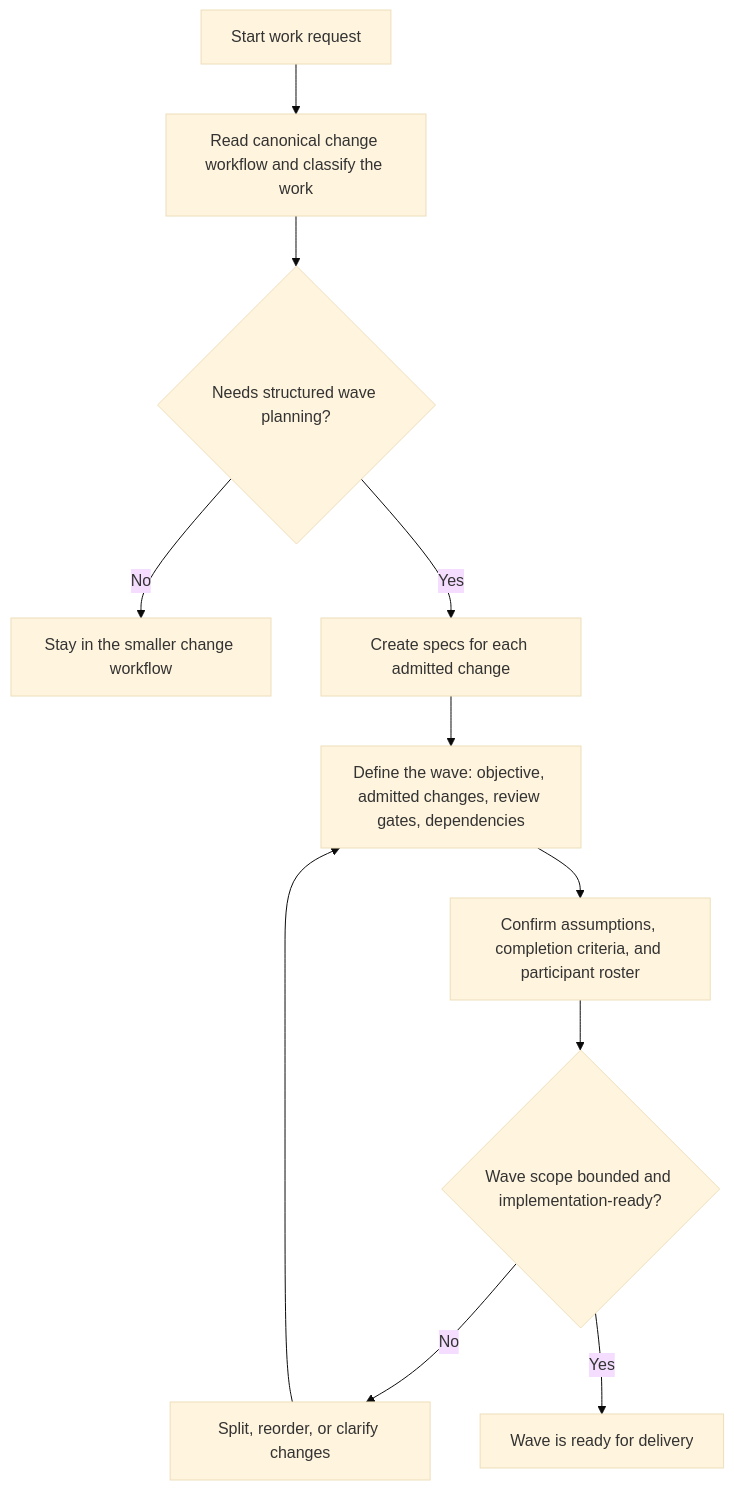
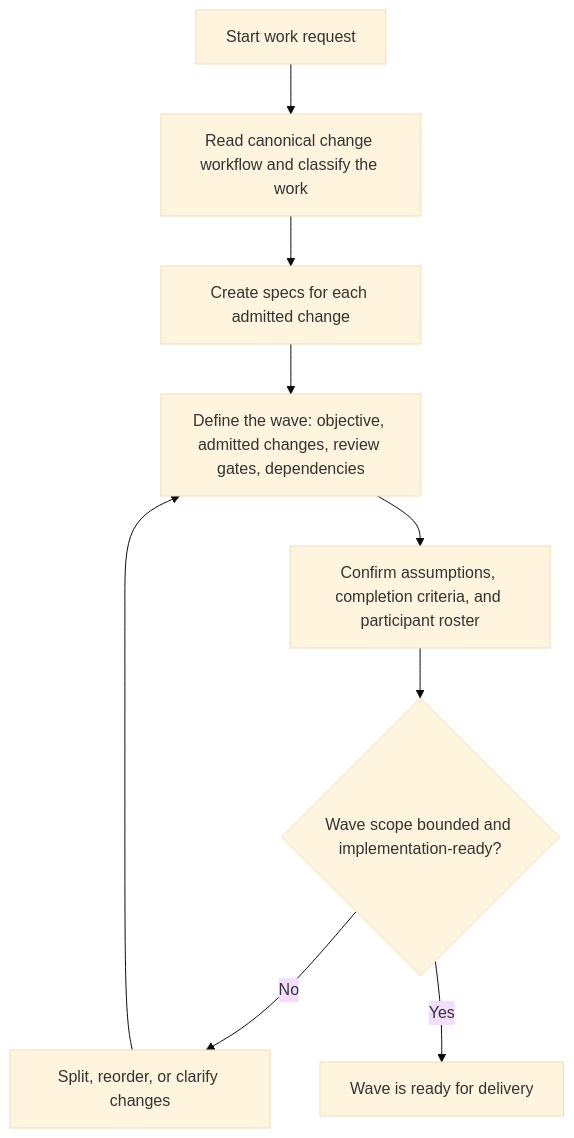
Before and after one commit to coryhacking/wavefoundry: the first of 4 diagrams in .wavefoundry/framework/seeds/001-framework-lifecycle-overview.md, drawn with Mermaid (base theme). The commit also changed other lines of this file and 19 other files, not shown here.

````diff
--- a/.wavefoundry/framework/seeds/001-framework-lifecycle-overview.md
+++ b/.wavefoundry/framework/seeds/001-framework-lifecycle-overview.md
@@ -58,13 +61,11 @@
 ```mermaid
 flowchart TD
     A[Start work request] --> B[Read canonical change workflow and classify the work]
-    B --> C{Needs structured wave planning?}
-    C -->|No| D[Stay in the smaller change workflow]
-    C -->|Yes| E[Create specs for each admitted change]
+    B --> E[Create specs for each admitted change]
     E --> F[Define the wave: objective, admitted changes, review gates, dependencies]
     F --> G[Confirm assumptions, completion criteria, and participant roster]
     G --> H{Wave scope bounded and implementation-ready?}
     H -->|No| I[Split, reorder, or clarify changes]
     I --> F
     H -->|Yes| J[Wave is ready for delivery]
 ```
````
